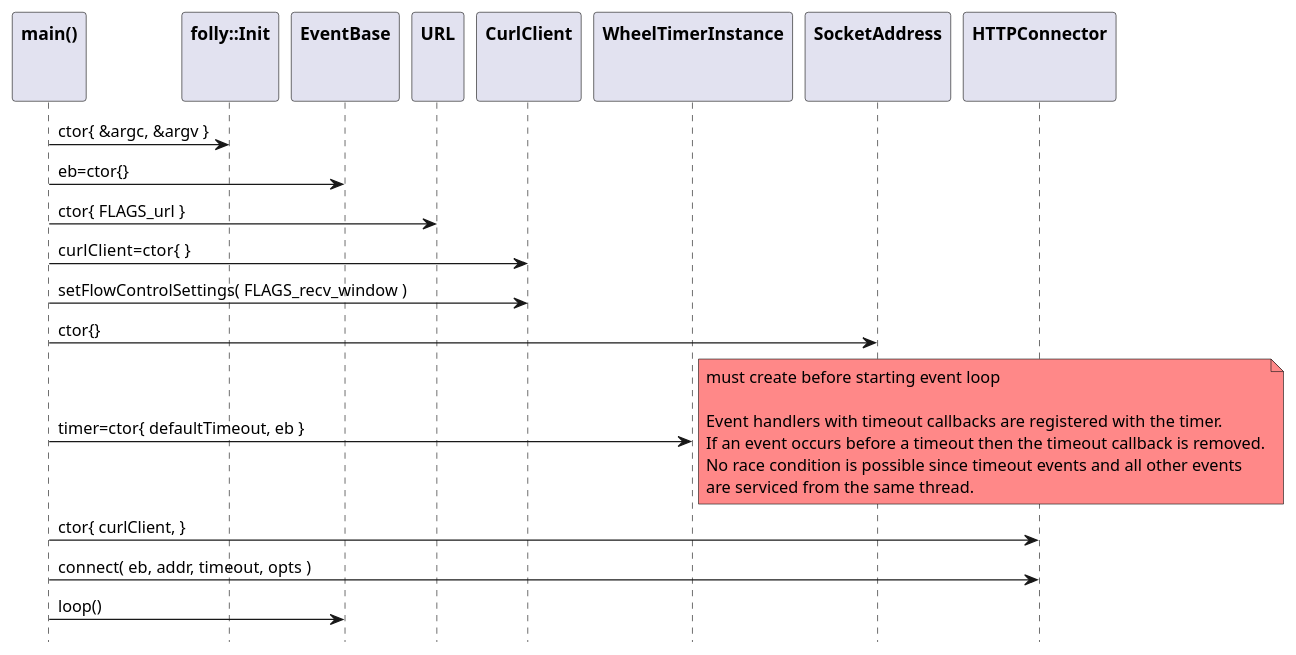
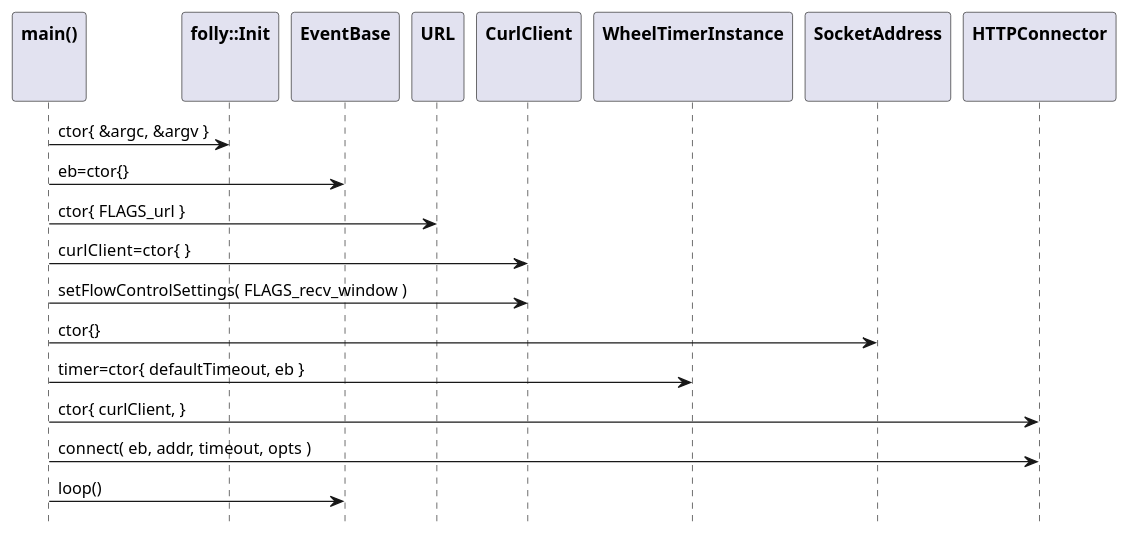
Before and after one commit to patrickhallinan/hello-proxygen: the first of 3 diagrams in doc/proxygen-curl-sample.adoc, drawn with PlantUML. The commit also changed 6 other files, not shown here.

```diff
--- a/doc/proxygen-curl-sample.adoc
+++ b/doc/proxygen-curl-sample.adoc
@@ -16,39 +16,31 @@
 [plantuml, "curl-init-seq.puml", svg]
 ----
 hide footbox
 
 participant "**main()**\n\n" as main
 participant "**folly::Init**\n\n" as Init
 participant "**EventBase**\n\n" as EventBase
 participant "**URL**\n\n" as URL
 participant "**CurlClient**\n\n" as CurlClient
 participant "**WheelTimerInstance**\n\n" as WheelTimerInstance
 
 participant "**SocketAddress**\n\n" as SocketAddress
 participant "**HTTPConnector**\n\n" as HTTPConnector
 
 
 main -> Init : ctor{ &argc, &argv }
 main -> EventBase : eb=ctor{}
 main -> URL : ctor{ FLAGS_url }
 main -> CurlClient : curlClient=ctor{  }
 
 main -> CurlClient : setFlowControlSettings( FLAGS_recv_window )
 main -> SocketAddress : ctor{}
 
 main -> WheelTimerInstance : timer=ctor{ defaultTimeout, eb }
-note right #ff8888
-    must create before starting event loop
-   
-    Event handlers with timeout callbacks are registered with the timer.
-    If an event occurs before a timeout then the timeout callback is removed.
-    No race condition is possible since timeout events and all other events
-    are serviced from the same thread.
-end note 
 
 main -> HTTPConnector : ctor{ curlClient, }
 main -> HTTPConnector : connect( eb, addr, timeout, opts )
 
 main -> EventBase : loop()
 
 ----
```
